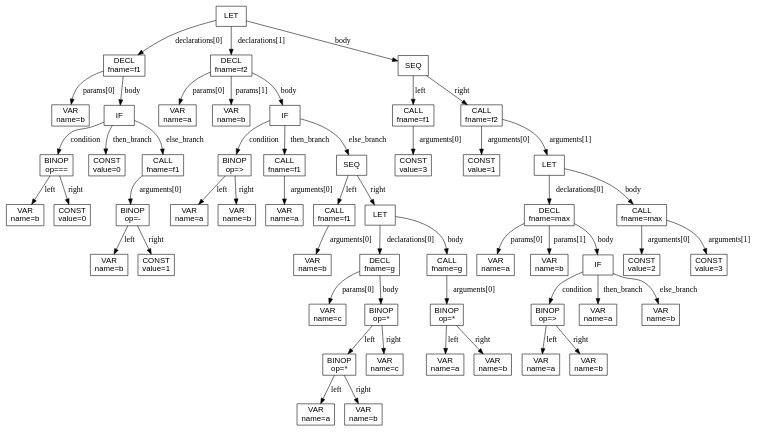
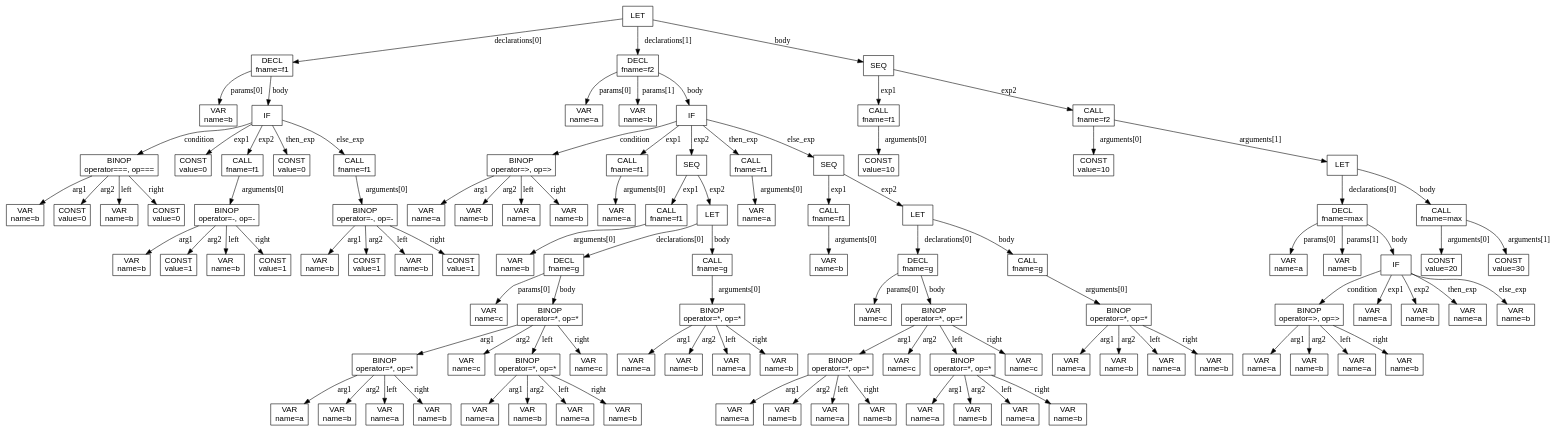
The diagram in Universität/Übersetzung und Analyse von Programmen/Projekte/Projekt_3/uap25_pro3_python/dotFiles/complex.ast.dot (mjanssen0212-spec/private), drawn with Graphviz before and after one commit. The commit also changed 19 other files, not shown here.

```diff
--- a/Universität/Übersetzung und Analyse von Programmen/Projekte/Projekt_3/uap25_pro3_python/dotFiles/complex.ast.dot
+++ b/Universität/Übersetzung und Analyse von Programmen/Projekte/Projekt_3/uap25_pro3_python/dotFiles/complex.ast.dot
@@ -5,106 +5,214 @@
   n2 [label="VAR\nname=b"];
   n1 -> n2 [label="params[0]"];
   n3 [label="IF"];
-  n4 [label="BINOP\nop==="];
+  n4 [label="BINOP\noperator===, op==="];
   n5 [label="VAR\nname=b"];
-  n4 -> n5 [label="left"];
+  n4 -> n5 [label="arg1"];
   n6 [label="CONST\nvalue=0"];
-  n4 -> n6 [label="right"];
+  n4 -> n6 [label="arg2"];
+  n7 [label="VAR\nname=b"];
+  n4 -> n7 [label="left"];
+  n8 [label="CONST\nvalue=0"];
+  n4 -> n8 [label="right"];
   n3 -> n4 [label="condition"];
-  n7 [label="CONST\nvalue=0"];
-  n3 -> n7 [label="then_branch"];
-  n8 [label="CALL\nfname=f1"];
-  n9 [label="BINOP\nop=-"];
-  n10 [label="VAR\nname=b"];
-  n9 -> n10 [label="left"];
-  n11 [label="CONST\nvalue=1"];
-  n9 -> n11 [label="right"];
-  n8 -> n9 [label="arguments[0]"];
-  n3 -> n8 [label="else_branch"];
+  n9 [label="CONST\nvalue=0"];
+  n3 -> n9 [label="exp1"];
+  n10 [label="CALL\nfname=f1"];
+  n11 [label="BINOP\noperator=-, op=-"];
+  n12 [label="VAR\nname=b"];
+  n11 -> n12 [label="arg1"];
+  n13 [label="CONST\nvalue=1"];
+  n11 -> n13 [label="arg2"];
+  n14 [label="VAR\nname=b"];
+  n11 -> n14 [label="left"];
+  n15 [label="CONST\nvalue=1"];
+  n11 -> n15 [label="right"];
+  n10 -> n11 [label="arguments[0]"];
+  n3 -> n10 [label="exp2"];
+  n16 [label="CONST\nvalue=0"];
+  n3 -> n16 [label="then_exp"];
+  n17 [label="CALL\nfname=f1"];
+  n18 [label="BINOP\noperator=-, op=-"];
+  n19 [label="VAR\nname=b"];
+  n18 -> n19 [label="arg1"];
+  n20 [label="CONST\nvalue=1"];
+  n18 -> n20 [label="arg2"];
+  n21 [label="VAR\nname=b"];
+  n18 -> n21 [label="left"];
+  n22 [label="CONST\nvalue=1"];
+  n18 -> n22 [label="right"];
+  n17 -> n18 [label="arguments[0]"];
+  n3 -> n17 [label="else_exp"];
   n1 -> n3 [label="body"];
   n0 -> n1 [label="declarations[0]"];
-  n12 [label="DECL\nfname=f2"];
-  n13 [label="VAR\nname=a"];
-  n12 -> n13 [label="params[0]"];
-  n14 [label="VAR\nname=b"];
-  n12 -> n14 [label="params[1]"];
-  n15 [label="IF"];
-  n16 [label="BINOP\nop=&gt;"];
-  n17 [label="VAR\nname=a"];
-  n16 -> n17 [label="left"];
-  n18 [label="VAR\nname=b"];
-  n16 -> n18 [label="right"];
-  n15 -> n16 [label="condition"];
-  n19 [label="CALL\nfname=f1"];
-  n20 [label="VAR\nname=a"];
-  n19 -> n20 [label="arguments[0]"];
-  n15 -> n19 [label="then_branch"];
-  n21 [label="SEQ"];
-  n22 [label="CALL\nfname=f1"];
-  n23 [label="VAR\nname=b"];
-  n22 -> n23 [label="arguments[0]"];
-  n21 -> n22 [label="left"];
-  n24 [label="LET"];
-  n25 [label="DECL\nfname=g"];
-  n26 [label="VAR\nname=c"];
-  n25 -> n26 [label="params[0]"];
-  n27 [label="BINOP\nop=*"];
-  n28 [label="BINOP\nop=*"];
-  n29 [label="VAR\nname=a"];
-  n28 -> n29 [label="left"];
-  n30 [label="VAR\nname=b"];
-  n28 -> n30 [label="right"];
-  n27 -> n28 [label="left"];
-  n31 [label="VAR\nname=c"];
+  n23 [label="DECL\nfname=f2"];
+  n24 [label="VAR\nname=a"];
+  n23 -> n24 [label="params[0]"];
+  n25 [label="VAR\nname=b"];
+  n23 -> n25 [label="params[1]"];
+  n26 [label="IF"];
+  n27 [label="BINOP\noperator=&gt;, op=&gt;"];
+  n28 [label="VAR\nname=a"];
+  n27 -> n28 [label="arg1"];
+  n29 [label="VAR\nname=b"];
+  n27 -> n29 [label="arg2"];
+  n30 [label="VAR\nname=a"];
+  n27 -> n30 [label="left"];
+  n31 [label="VAR\nname=b"];
   n27 -> n31 [label="right"];
-  n25 -> n27 [label="body"];
-  n24 -> n25 [label="declarations[0]"];
-  n32 [label="CALL\nfname=g"];
-  n33 [label="BINOP\nop=*"];
-  n34 [label="VAR\nname=a"];
-  n33 -> n34 [label="left"];
-  n35 [label="VAR\nname=b"];
-  n33 -> n35 [label="right"];
+  n26 -> n27 [label="condition"];
+  n32 [label="CALL\nfname=f1"];
+  n33 [label="VAR\nname=a"];
   n32 -> n33 [label="arguments[0]"];
-  n24 -> n32 [label="body"];
-  n21 -> n24 [label="right"];
-  n15 -> n21 [label="else_branch"];
-  n12 -> n15 [label="body"];
-  n0 -> n12 [label="declarations[1]"];
-  n36 [label="SEQ"];
-  n37 [label="CALL\nfname=f1"];
-  n38 [label="CONST\nvalue=3"];
-  n37 -> n38 [label="arguments[0]"];
-  n36 -> n37 [label="left"];
-  n39 [label="CALL\nfname=f2"];
-  n40 [label="CONST\nvalue=1"];
-  n39 -> n40 [label="arguments[0]"];
-  n41 [label="LET"];
-  n42 [label="DECL\nfname=max"];
-  n43 [label="VAR\nname=a"];
-  n42 -> n43 [label="params[0]"];
-  n44 [label="VAR\nname=b"];
-  n42 -> n44 [label="params[1]"];
-  n45 [label="IF"];
-  n46 [label="BINOP\nop=&gt;"];
-  n47 [label="VAR\nname=a"];
-  n46 -> n47 [label="left"];
-  n48 [label="VAR\nname=b"];
-  n46 -> n48 [label="right"];
-  n45 -> n46 [label="condition"];
-  n49 [label="VAR\nname=a"];
-  n45 -> n49 [label="then_branch"];
-  n50 [label="VAR\nname=b"];
-  n45 -> n50 [label="else_branch"];
-  n42 -> n45 [label="body"];
-  n41 -> n42 [label="declarations[0]"];
-  n51 [label="CALL\nfname=max"];
-  n52 [label="CONST\nvalue=2"];
-  n51 -> n52 [label="arguments[0]"];
-  n53 [label="CONST\nvalue=3"];
-  n51 -> n53 [label="arguments[1]"];
-  n41 -> n51 [label="body"];
-  n39 -> n41 [label="arguments[1]"];
-  n36 -> n39 [label="right"];
-  n0 -> n36 [label="body"];
+  n26 -> n32 [label="exp1"];
+  n34 [label="SEQ"];
+  n35 [label="CALL\nfname=f1"];
+  n36 [label="VAR\nname=b"];
+  n35 -> n36 [label="arguments[0]"];
+  n34 -> n35 [label="exp1"];
+  n37 [label="LET"];
+  n38 [label="DECL\nfname=g"];
+  n39 [label="VAR\nname=c"];
+  n38 -> n39 [label="params[0]"];
+  n40 [label="BINOP\noperator=*, op=*"];
+  n41 [label="BINOP\noperator=*, op=*"];
+  n42 [label="VAR\nname=a"];
+  n41 -> n42 [label="arg1"];
+  n43 [label="VAR\nname=b"];
+  n41 -> n43 [label="arg2"];
+  n44 [label="VAR\nname=a"];
+  n41 -> n44 [label="left"];
+  n45 [label="VAR\nname=b"];
+  n41 -> n45 [label="right"];
+  n40 -> n41 [label="arg1"];
+  n46 [label="VAR\nname=c"];
+  n40 -> n46 [label="arg2"];
+  n47 [label="BINOP\noperator=*, op=*"];
+  n48 [label="VAR\nname=a"];
+  n47 -> n48 [label="arg1"];
+  n49 [label="VAR\nname=b"];
+  n47 -> n49 [label="arg2"];
+  n50 [label="VAR\nname=a"];
+  n47 -> n50 [label="left"];
+  n51 [label="VAR\nname=b"];
+  n47 -> n51 [label="right"];
+  n40 -> n47 [label="left"];
+  n52 [label="VAR\nname=c"];
+  n40 -> n52 [label="right"];
+  n38 -> n40 [label="body"];
+  n37 -> n38 [label="declarations[0]"];
+  n53 [label="CALL\nfname=g"];
+  n54 [label="BINOP\noperator=*, op=*"];
+  n55 [label="VAR\nname=a"];
+  n54 -> n55 [label="arg1"];
+  n56 [label="VAR\nname=b"];
+  n54 -> n56 [label="arg2"];
+  n57 [label="VAR\nname=a"];
+  n54 -> n57 [label="left"];
+  n58 [label="VAR\nname=b"];
+  n54 -> n58 [label="right"];
+  n53 -> n54 [label="arguments[0]"];
+  n37 -> n53 [label="body"];
+  n34 -> n37 [label="exp2"];
+  n26 -> n34 [label="exp2"];
+  n59 [label="CALL\nfname=f1"];
+  n60 [label="VAR\nname=a"];
+  n59 -> n60 [label="arguments[0]"];
+  n26 -> n59 [label="then_exp"];
+  n61 [label="SEQ"];
+  n62 [label="CALL\nfname=f1"];
+  n63 [label="VAR\nname=b"];
+  n62 -> n63 [label="arguments[0]"];
+  n61 -> n62 [label="exp1"];
+  n64 [label="LET"];
+  n65 [label="DECL\nfname=g"];
+  n66 [label="VAR\nname=c"];
+  n65 -> n66 [label="params[0]"];
+  n67 [label="BINOP\noperator=*, op=*"];
+  n68 [label="BINOP\noperator=*, op=*"];
+  n69 [label="VAR\nname=a"];
+  n68 -> n69 [label="arg1"];
+  n70 [label="VAR\nname=b"];
+  n68 -> n70 [label="arg2"];
+  n71 [label="VAR\nname=a"];
+  n68 -> n71 [label="left"];
+  n72 [label="VAR\nname=b"];
+  n68 -> n72 [label="right"];
+  n67 -> n68 [label="arg1"];
+  n73 [label="VAR\nname=c"];
+  n67 -> n73 [label="arg2"];
+  n74 [label="BINOP\noperator=*, op=*"];
+  n75 [label="VAR\nname=a"];
+  n74 -> n75 [label="arg1"];
+  n76 [label="VAR\nname=b"];
+  n74 -> n76 [label="arg2"];
+  n77 [label="VAR\nname=a"];
+  n74 -> n77 [label="left"];
+  n78 [label="VAR\nname=b"];
+  n74 -> n78 [label="right"];
+  n67 -> n74 [label="left"];
+  n79 [label="VAR\nname=c"];
+  n67 -> n79 [label="right"];
+  n65 -> n67 [label="body"];
+  n64 -> n65 [label="declarations[0]"];
+  n80 [label="CALL\nfname=g"];
+  n81 [label="BINOP\noperator=*, op=*"];
+  n82 [label="VAR\nname=a"];
+  n81 -> n82 [label="arg1"];
+  n83 [label="VAR\nname=b"];
+  n81 -> n83 [label="arg2"];
+  n84 [label="VAR\nname=a"];
+  n81 -> n84 [label="left"];
+  n85 [label="VAR\nname=b"];
+  n81 -> n85 [label="right"];
+  n80 -> n81 [label="arguments[0]"];
+  n64 -> n80 [label="body"];
+  n61 -> n64 [label="exp2"];
+  n26 -> n61 [label="else_exp"];
+  n23 -> n26 [label="body"];
+  n0 -> n23 [label="declarations[1]"];
+  n86 [label="SEQ"];
+  n87 [label="CALL\nfname=f1"];
+  n88 [label="CONST\nvalue=10"];
+  n87 -> n88 [label="arguments[0]"];
+  n86 -> n87 [label="exp1"];
+  n89 [label="CALL\nfname=f2"];
+  n90 [label="CONST\nvalue=10"];
+  n89 -> n90 [label="arguments[0]"];
+  n91 [label="LET"];
+  n92 [label="DECL\nfname=max"];
+  n93 [label="VAR\nname=a"];
+  n92 -> n93 [label="params[0]"];
+  n94 [label="VAR\nname=b"];
+  n92 -> n94 [label="params[1]"];
+  n95 [label="IF"];
+  n96 [label="BINOP\noperator=&gt;, op=&gt;"];
+  n97 [label="VAR\nname=a"];
+  n96 -> n97 [label="arg1"];
+  n98 [label="VAR\nname=b"];
+  n96 -> n98 [label="arg2"];
+  n99 [label="VAR\nname=a"];
+  n96 -> n99 [label="left"];
+  n100 [label="VAR\nname=b"];
+  n96 -> n100 [label="right"];
+  n95 -> n96 [label="condition"];
+  n101 [label="VAR\nname=a"];
+  n95 -> n101 [label="exp1"];
+  n102 [label="VAR\nname=b"];
+  n95 -> n102 [label="exp2"];
+  n103 [label="VAR\nname=a"];
+  n95 -> n103 [label="then_exp"];
+  n104 [label="VAR\nname=b"];
+  n95 -> n104 [label="else_exp"];
+  n92 -> n95 [label="body"];
+  n91 -> n92 [label="declarations[0]"];
+  n105 [label="CALL\nfname=max"];
+  n106 [label="CONST\nvalue=20"];
+  n105 -> n106 [label="arguments[0]"];
+  n107 [label="CONST\nvalue=30"];
+  n105 -> n107 [label="arguments[1]"];
+  n91 -> n105 [label="body"];
+  n89 -> n91 [label="arguments[1]"];
+  n86 -> n89 [label="exp2"];
+  n0 -> n86 [label="body"];
 }
```
